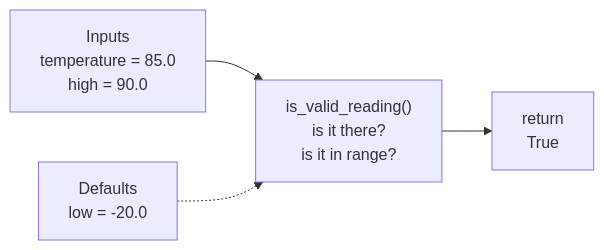
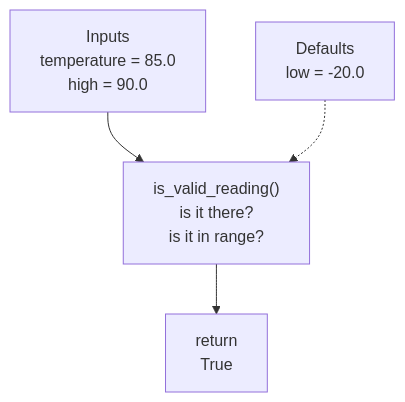
The diagram in docs/programming-for-testers/functions.md (myopensdet/myopensdet.github.io), drawn with Mermaid before and after one commit. The commit also changed 7 other files, not shown here.

````diff
--- a/docs/programming-for-testers/functions.md
+++ b/docs/programming-for-testers/functions.md
@@ -31,6 +31,6 @@
 ```mermaid
-flowchart LR
+flowchart TD
     IN["Inputs<br/>temperature = 85.0<br/>high = 90.0"] --> F["is_valid_reading()<br/>is it there?<br/>is it in range?"]
     F --> OUT["return<br/>True"]
     D["Defaults<br/>low = -20.0"] -.-> F
 ```
````
